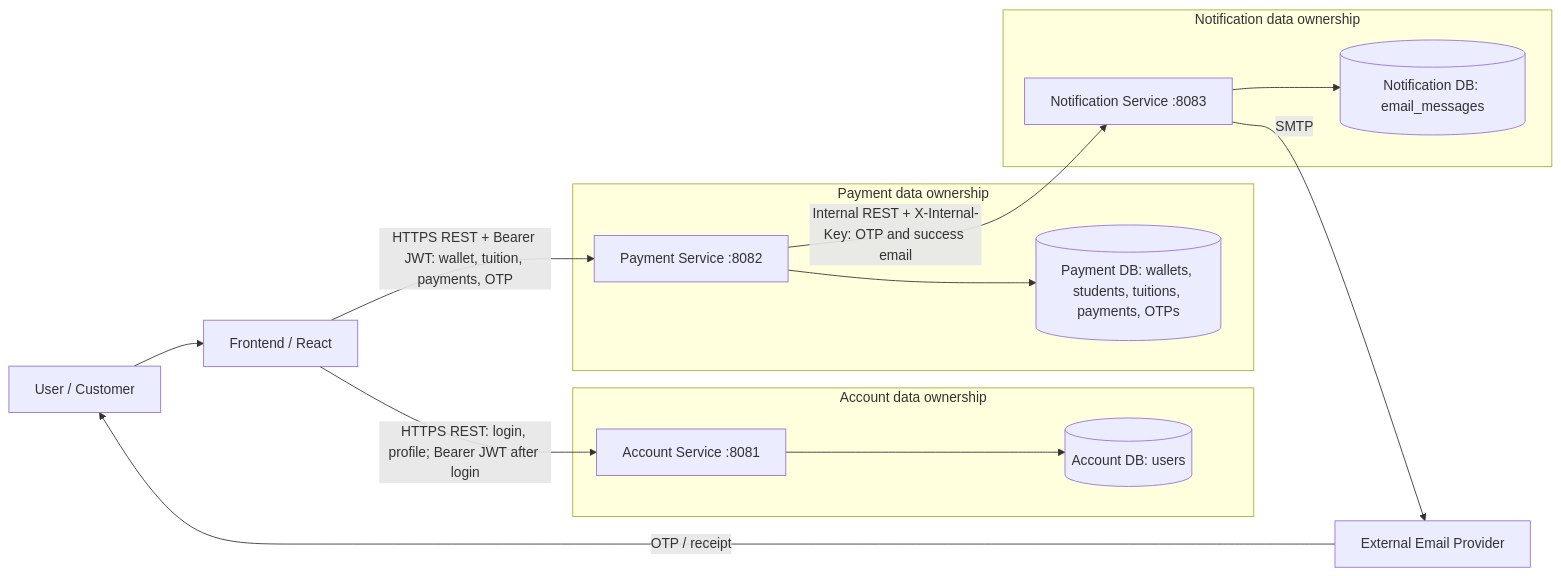
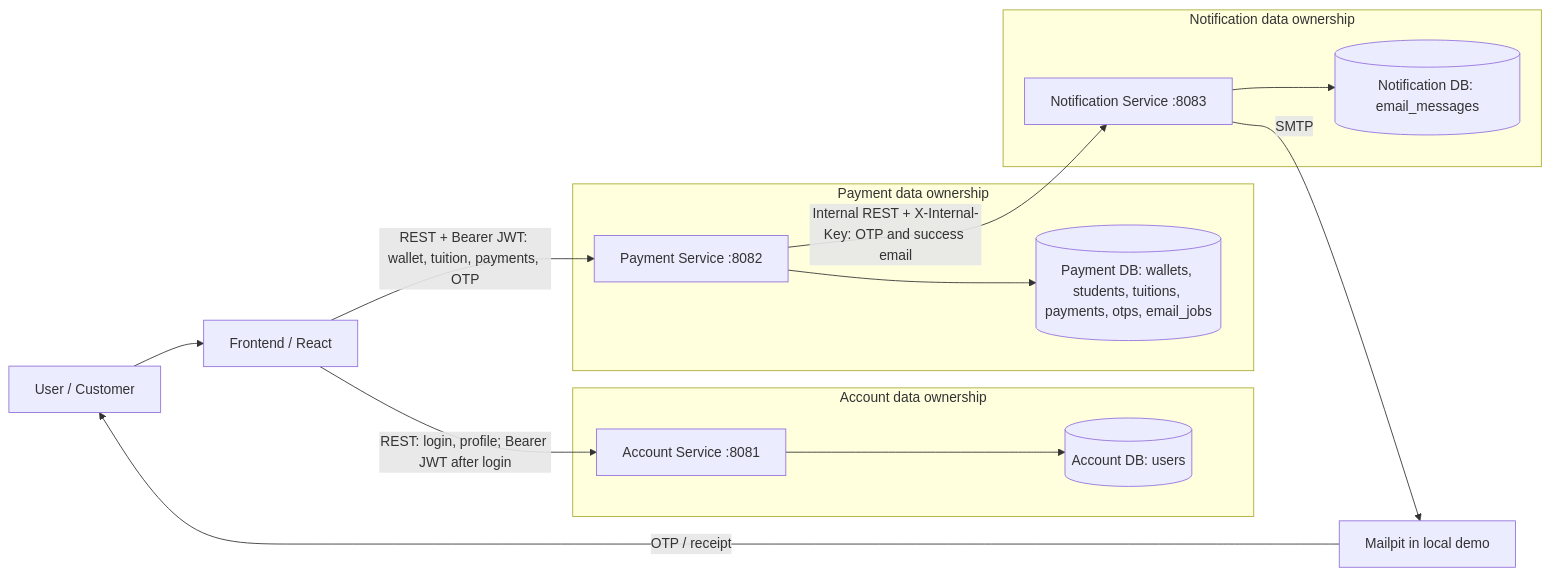
One commit to thinh170405/tdtu-ibanking-tuition-payment changed the diagram in bao-cao/docs/02-kien-truc-microservices-va-rest-api.md. Above: the diagram before and after it, drawn with Mermaid. The commit also changed other lines of this file and 35 other files, not shown here.

Commit message:
Redraw iBanking diagrams and update midterm report

````diff
--- a/bao-cao/docs/02-kien-truc-microservices-va-rest-api.md
+++ b/bao-cao/docs/02-kien-truc-microservices-va-rest-api.md
@@ -27,20 +27,20 @@
 ```mermaid
 flowchart LR
     U[User / Customer] --> FE[Frontend / React]
-    FE -->|HTTPS REST: login, profile; Bearer JWT after login| ACC[Account Service :8081]
-    FE -->|HTTPS REST + Bearer JWT: wallet, tuition, payments, OTP| PAY[Payment Service :8082]
+    FE -->|REST: login, profile; Bearer JWT after login| ACC[Account Service :8081]
+    FE -->|REST + Bearer JWT: wallet, tuition, payments, OTP| PAY[Payment Service :8082]
 
     subgraph Account_Boundary[Account data ownership]
         ACC --> ADB[(Account DB: users)]
     end
     subgraph Payment_Boundary[Payment data ownership]
-        PAY --> PDB[(Payment DB: wallets, students, tuitions, payments, OTPs)]
+        PAY --> PDB[(Payment DB: wallets, students, tuitions, payments, otps, email_jobs)]
     end
     subgraph Notification_Boundary[Notification data ownership]
         NOTIF[Notification Service :8083] --> NDB[(Notification DB: email_messages)]
     end
 
     PAY -->|Internal REST + X-Internal-Key: OTP and success email| NOTIF
-    NOTIF -->|SMTP| EMAIL[External Email Provider]
+    NOTIF -->|SMTP| EMAIL[Mailpit in local demo]
     EMAIL -->|OTP / receipt| U
 ```
````
